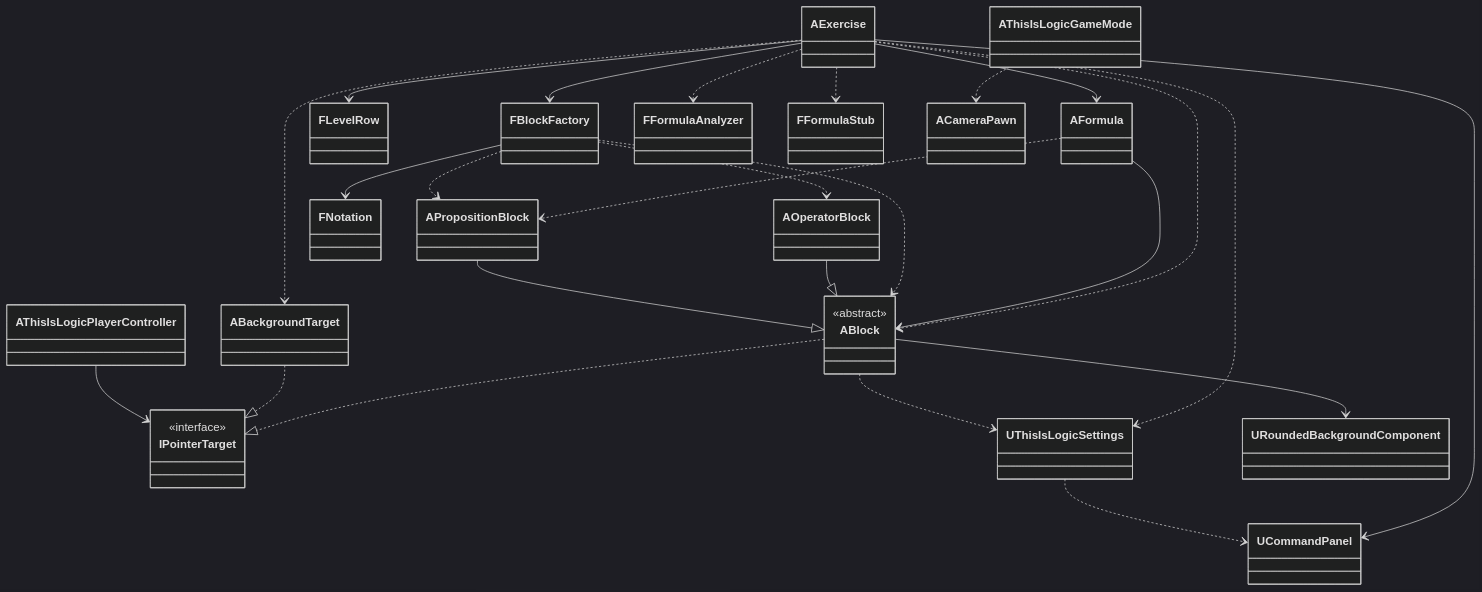
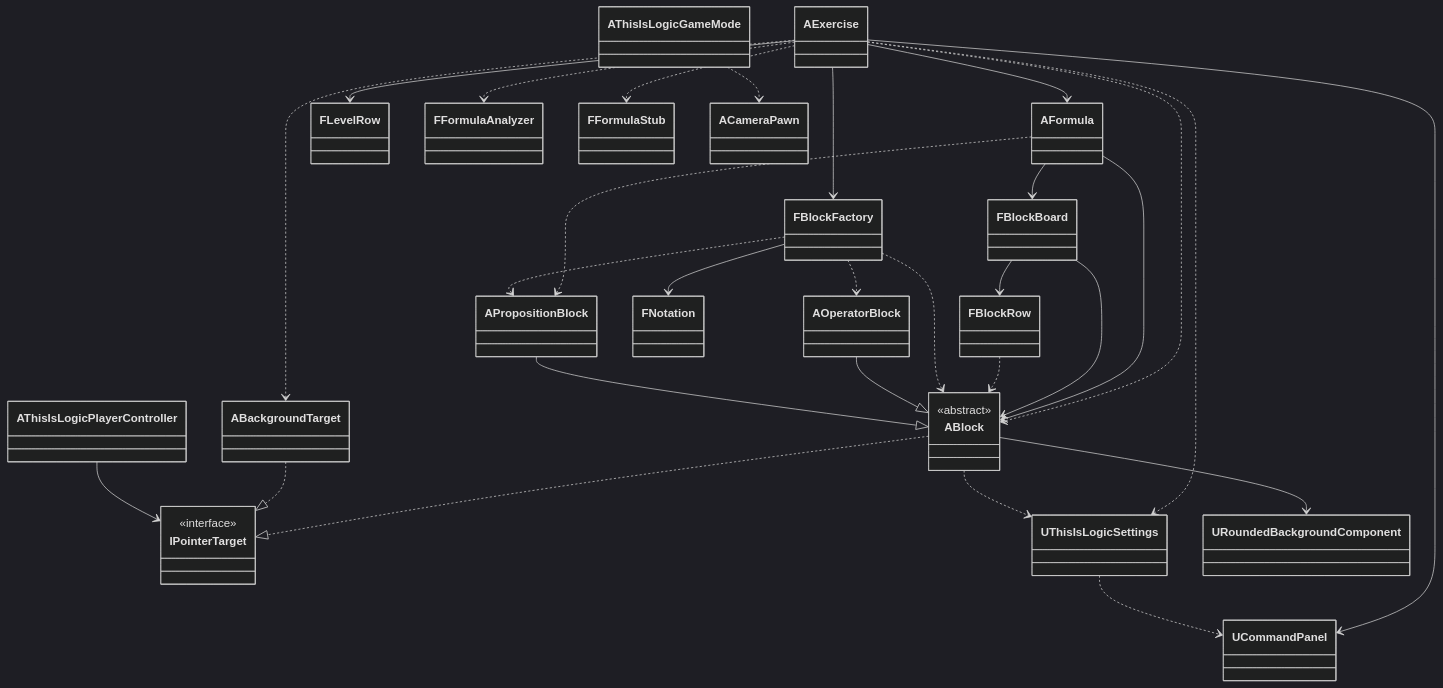
One commit to expn-pi/ThisIsLogic changed the diagram in README.md. Above: the diagram before and after it, drawn with Mermaid (dark theme). The commit also changed other lines of this file and 9 other files, not shown here.

````diff
--- a/README.md
+++ b/README.md
@@ -75,40 +75,45 @@
 ```mermaid
 classDiagram
     class IPointerTarget {
         <<interface>>
     }
     class ABlock {
         <<abstract>>
     }
 
     AExercise --> AFormula
     AExercise --> UCommandPanel
     AExercise --> FLevelRow
     AExercise --> FBlockFactory
     AExercise ..> FFormulaAnalyzer
     AExercise ..> FFormulaStub
     AExercise ..> ABlock
     AExercise ..> ABackgroundTarget
     AExercise ..> UThisIsLogicSettings
 
+    AFormula --> FBlockBoard
     AFormula --> ABlock
     AFormula ..> APropositionBlock
+
+    FBlockBoard --> FBlockRow
+    FBlockBoard --> ABlock
+    FBlockRow ..> ABlock
 
     FBlockFactory --> FNotation
     FBlockFactory ..> ABlock
     FBlockFactory ..> AOperatorBlock
     FBlockFactory ..> APropositionBlock
 
     AOperatorBlock --|> ABlock
     APropositionBlock --|> ABlock
     ABlock ..|> IPointerTarget
     ABlock --> URoundedBackgroundComponent
     ABlock ..> UThisIsLogicSettings
 
     ABackgroundTarget ..|> IPointerTarget
     AThisIsLogicPlayerController --> IPointerTarget
 
     UThisIsLogicSettings ..> UCommandPanel
 
     AThisIsLogicGameMode ..> ACameraPawn
 ```
````
